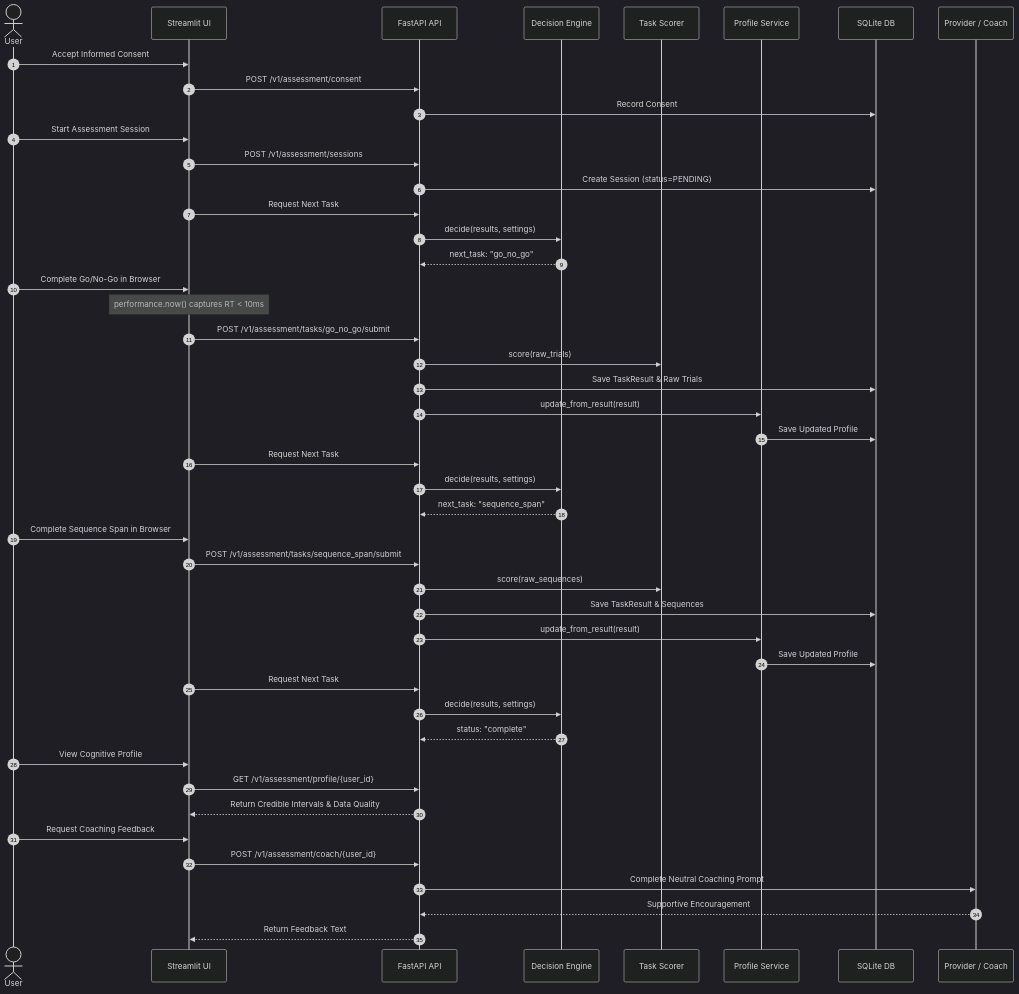
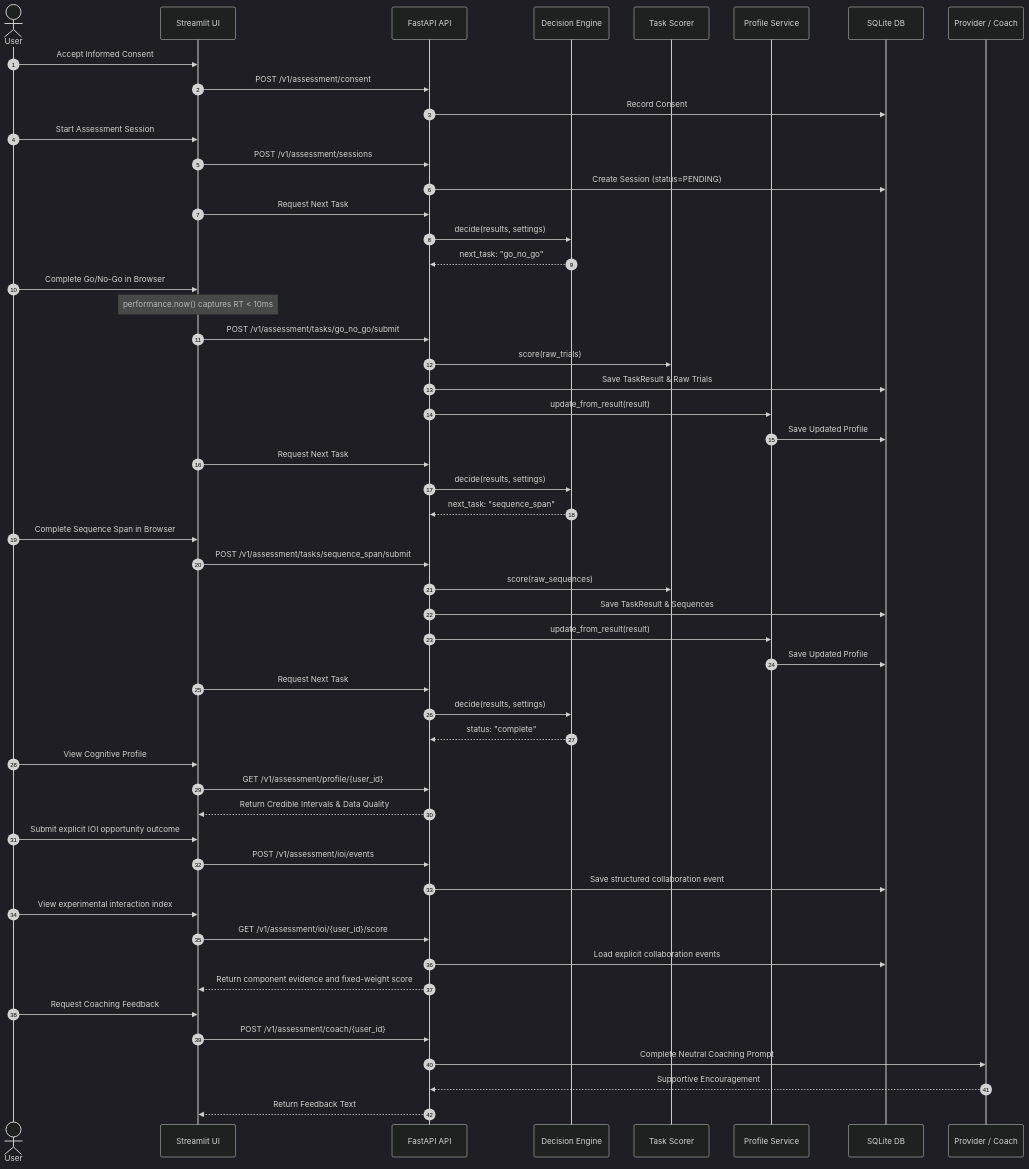
Before and after one commit to Housseeeem/CogLayer: the second of 2 diagrams in docs/ARCHITECTURE.md, drawn with Mermaid (dark theme). The commit also changed other lines of this file and 83 other files, not shown here.

````diff
--- a/docs/ARCHITECTURE.md
+++ b/docs/ARCHITECTURE.md
@@ -90,57 +90,66 @@
 ```mermaid
 sequenceDiagram
     autonumber
     actor User
     participant UI as Streamlit UI
     participant API as FastAPI API
     participant Engine as Decision Engine
     participant Scorer as Task Scorer
     participant Profile as Profile Service
     participant DB as SQLite DB
     participant LLM as Provider / Coach
 
     User->>UI: Accept Informed Consent
     UI->>API: POST /v1/assessment/consent
     API->>DB: Record Consent
 
     User->>UI: Start Assessment Session
     UI->>API: POST /v1/assessment/sessions
     API->>DB: Create Session (status=PENDING)
 
     UI->>API: Request Next Task
     API->>Engine: decide(results, settings)
     Engine-->>API: next_task: "go_no_go"
 
     User->>UI: Complete Go/No-Go in Browser
     Note over UI: performance.now() captures RT < 10ms
     UI->>API: POST /v1/assessment/tasks/go_no_go/submit
     API->>Scorer: score(raw_trials)
     API->>DB: Save TaskResult & Raw Trials
     API->>Profile: update_from_result(result)
     Profile->>DB: Save Updated Profile
 
     UI->>API: Request Next Task
     API->>Engine: decide(results, settings)
     Engine-->>API: next_task: "sequence_span"
 
     User->>UI: Complete Sequence Span in Browser
     UI->>API: POST /v1/assessment/tasks/sequence_span/submit
     API->>Scorer: score(raw_sequences)
     API->>DB: Save TaskResult & Sequences
     API->>Profile: update_from_result(result)
     Profile->>DB: Save Updated Profile
 
     UI->>API: Request Next Task
     API->>Engine: decide(results, settings)
     Engine-->>API: status: "complete"
 
     User->>UI: View Cognitive Profile
     UI->>API: GET /v1/assessment/profile/{user_id}
     API-->>UI: Return Credible Intervals & Data Quality
 
+    User->>UI: Submit explicit IOI opportunity outcome
+    UI->>API: POST /v1/assessment/ioi/events
+    API->>DB: Save structured collaboration event
+
+    User->>UI: View experimental interaction index
+    UI->>API: GET /v1/assessment/ioi/{user_id}/score
+    API->>DB: Load explicit collaboration events
+    API-->>UI: Return component evidence and fixed-weight score
+
     User->>UI: Request Coaching Feedback
     UI->>API: POST /v1/assessment/coach/{user_id}
     API->>LLM: Complete Neutral Coaching Prompt
     LLM-->>API: Supportive Encouragement
     API-->>UI: Return Feedback Text
 ```
````
